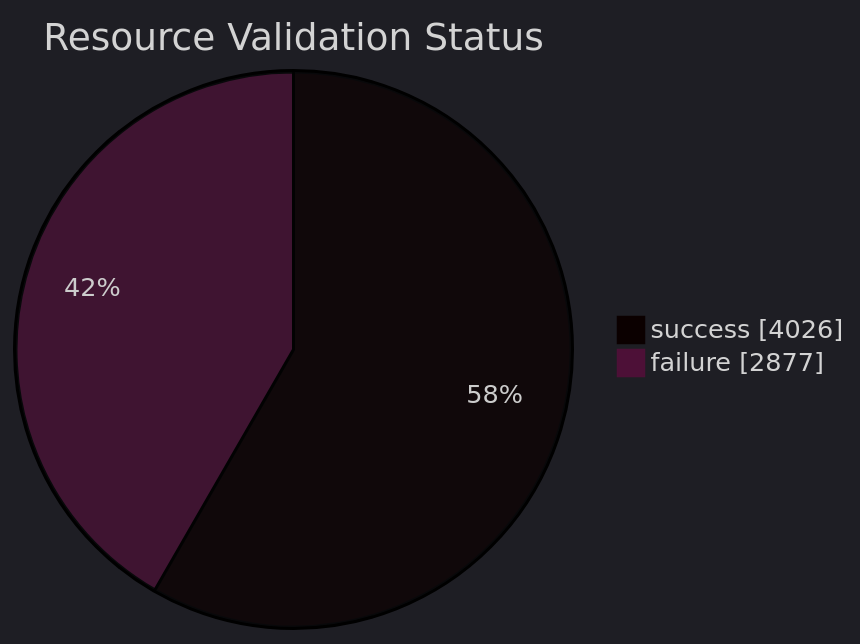
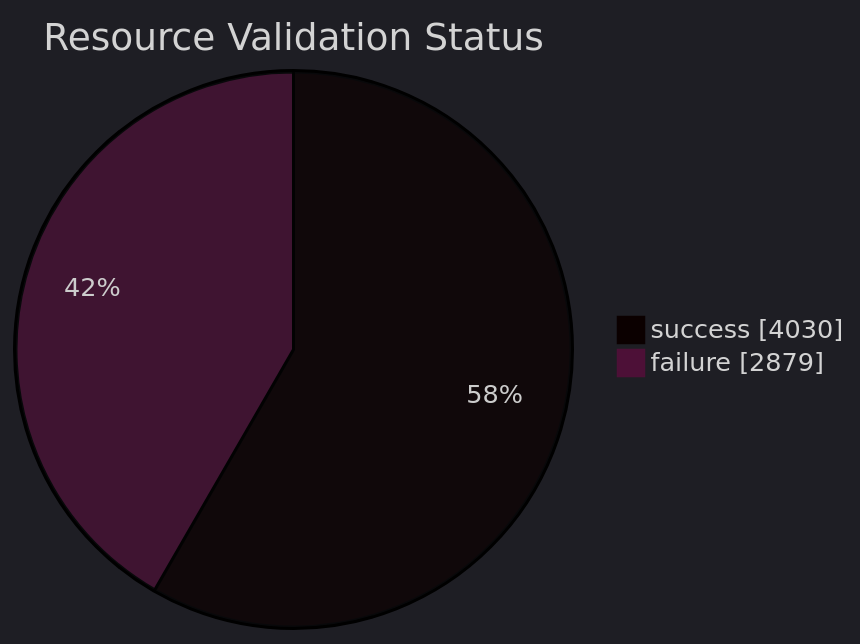
Before and after one commit to open-data/analytics-corporate-reporting: the diagram in datastore_tracker/resource_validation_status_pie_chart.md, drawn with Mermaid. The commit also changed 10 other files, not shown here.

````diff
--- a/datastore_tracker/resource_validation_status_pie_chart.md
+++ b/datastore_tracker/resource_validation_status_pie_chart.md
@@ -2,9 +2,9 @@
 ```mermaid
 ---
 config:
   theme: dark
 ---
 pie showData title Resource Validation Status
-    "success": 4026
-    "failure": 2877
+    "success": 4030
+    "failure": 2879
 ```
````
